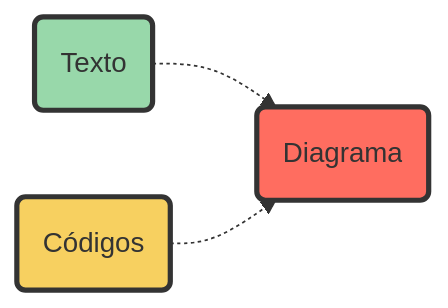
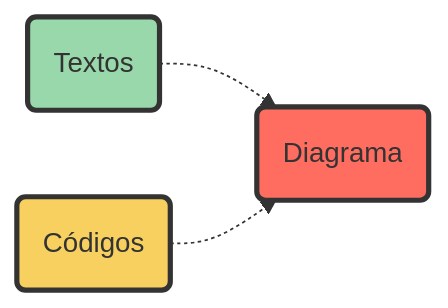
The diagram in intro_mermaid.qmd (francojra/meu_blog_com_quarto), drawn with Mermaid before and after one commit. The commit also changed other lines of this file, not shown here.

````diff
--- a/intro_mermaid.qmd
+++ b/intro_mermaid.qmd
@@ -16,11 +16,11 @@
 ```{mermaid}
 
     flowchart LR
 
-      id1(Texto) -.-> id3(Diagrama)
+      id1(Textos) -.-> id3(Diagrama)
       id2(Códigos) -.->id3(Diagrama)
       
       style id1 fill:#98D8AA,stroke:#333,stroke-width:3px
       style id2 fill:#F7D060,stroke:#333,stroke-width:3px
       style id3 fill:#FF6D60,stroke:#333,stroke-width:3px
 ```
````
